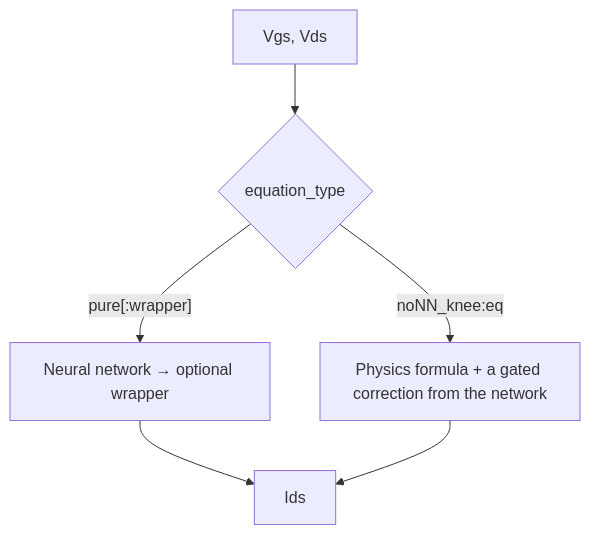
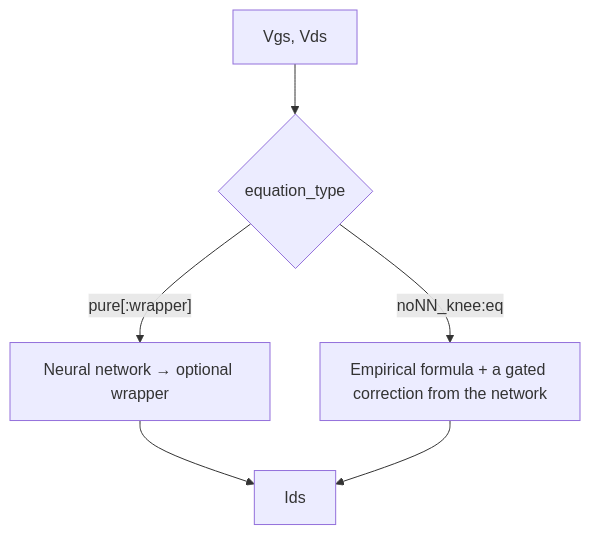
One commit to Angel-AD/transistor_modeling changed the first of 5 diagrams in docs/MODEL_ARCHITECTURES.md. Above: the diagram before and after it, drawn with Mermaid. The commit also changed other lines of this file, not shown here.

First line of the commit message:
Rename 'physics equation' to 'empirical equation' (Angelov is curve-fit, not physics-derived)

````diff
--- a/docs/MODEL_ARCHITECTURES.md
+++ b/docs/MODEL_ARCHITECTURES.md
@@ -21,8 +21,8 @@
 ```mermaid
 flowchart TD
     IN["Vgs, Vds"] --> SPLIT{"equation_type"}
     SPLIT -->|"pure[:wrapper]"| PUREPATH["Neural network → optional wrapper"]
-    SPLIT -->|"noNN_knee:eq"| HYBRIDPATH["Physics formula + a gated correction from the network"]
+    SPLIT -->|"noNN_knee:eq"| HYBRIDPATH["Empirical formula + a gated correction from the network"]
     PUREPATH --> OUT["Ids"]
     HYBRIDPATH --> OUT
 ```
````
